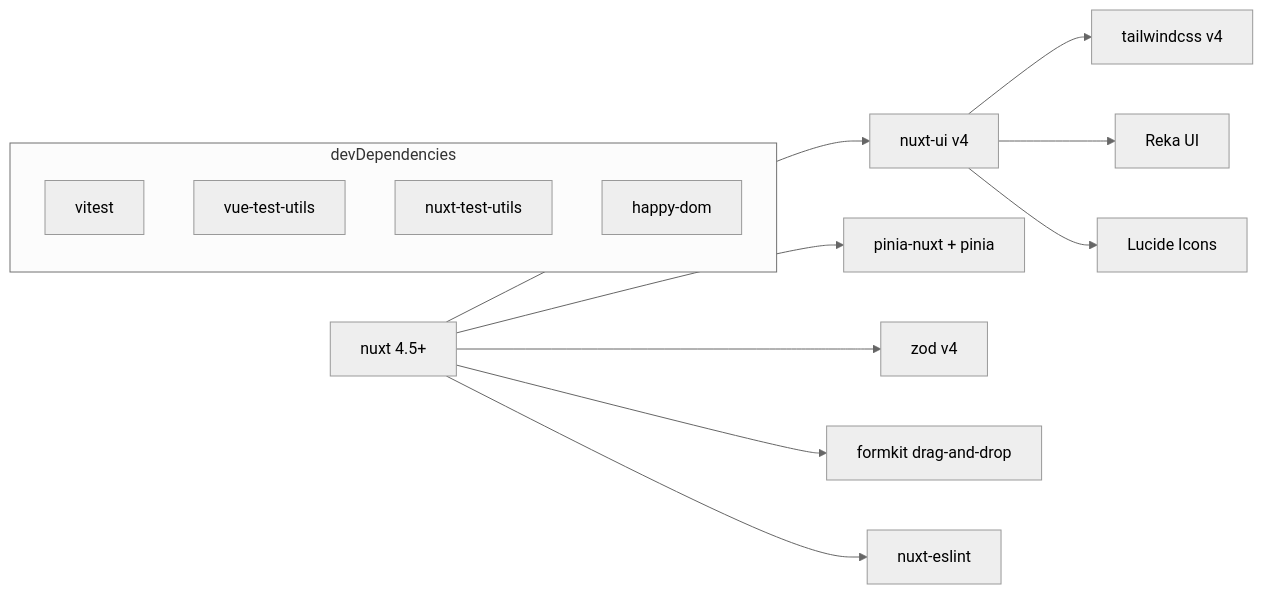
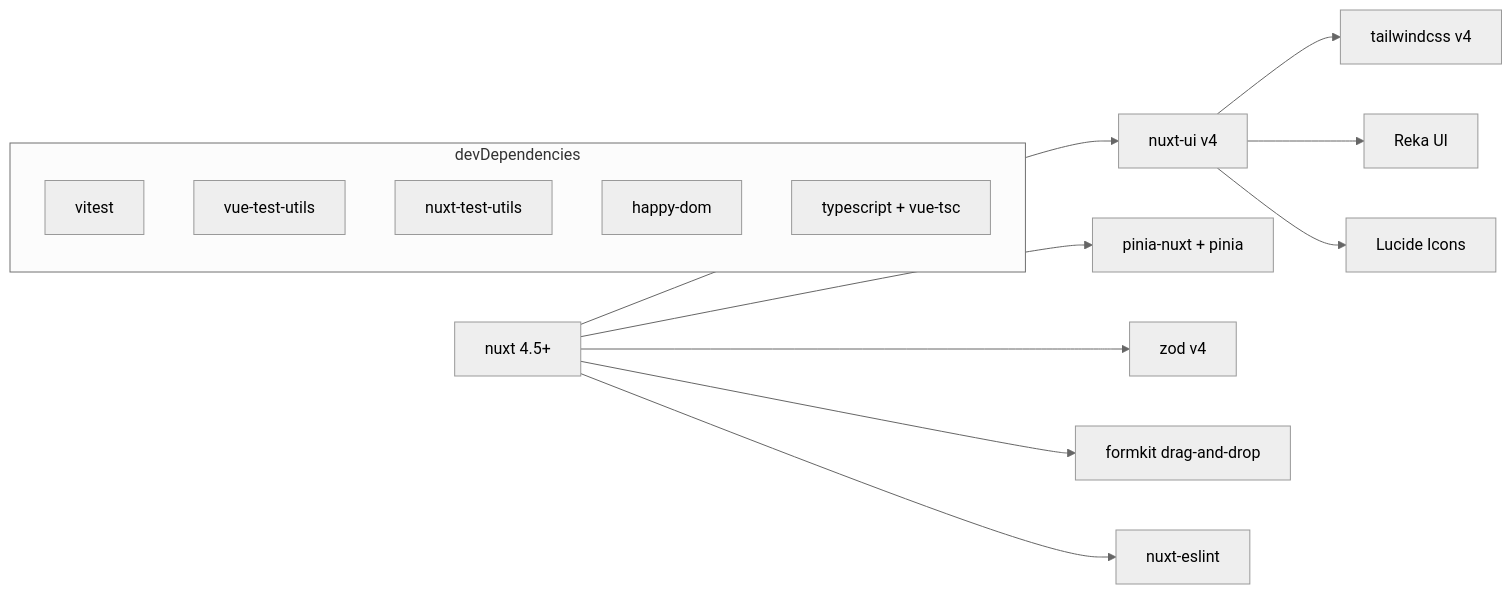
Before and after one commit to toolpathguy/nuxt-builder: the second of 2 diagrams in .kiro/specs/01-project-setup/design.md, drawn with Mermaid (neutral theme). The commit also changed other lines of this file and 2 other files, not shown here.

Commit message:
fix: address PR #3 review — add typescript/vue-tsc, manual init, drop specs/, trim R1.5

````diff
--- a/.kiro/specs/01-project-setup/design.md
+++ b/.kiro/specs/01-project-setup/design.md
@@ -66,18 +65,19 @@
 ```mermaid
 graph LR
     NUXT["nuxt 4.5+"] --> UI["nuxt-ui v4"]
     UI --> TW["tailwindcss v4"]
     UI --> REKA["Reka UI"]
     UI --> LUCIDE["Lucide Icons"]
     NUXT --> PINIA["pinia-nuxt + pinia"]
     NUXT --> ZOD["zod v4"]
     NUXT --> FORMKIT["formkit drag-and-drop"]
     NUXT --> ESLINT["nuxt-eslint"]
 
     subgraph DevDeps["devDependencies"]
         VT["vitest"]
         VTU["vue-test-utils"]
         NTU["nuxt-test-utils"]
         HD["happy-dom"]
+        TSC["typescript + vue-tsc"]
     end
 ```
````
